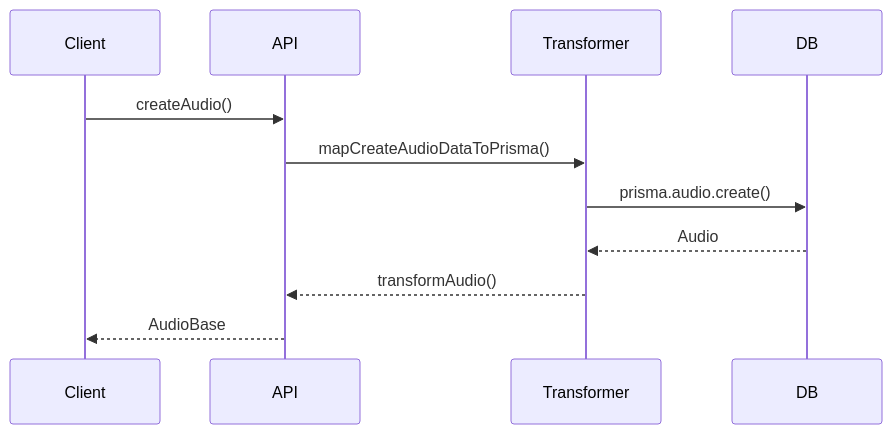
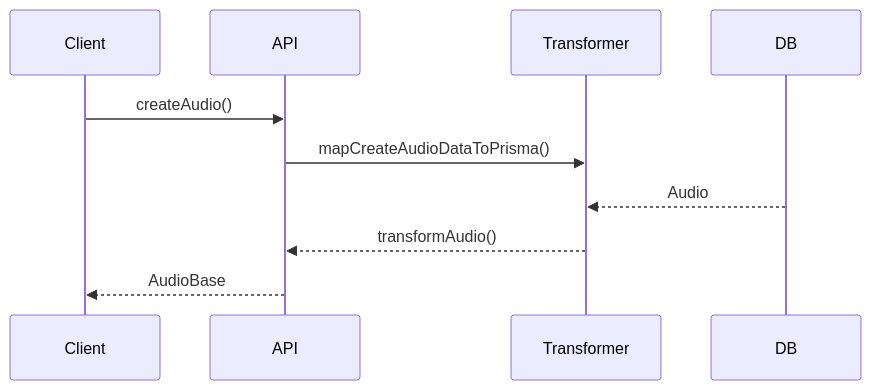
One commit to gvastethecreator/media-manager changed the second of 2 diagrams in src/types/entities/audio/documentation.md. Above: the diagram before and after it, drawn with Mermaid. The commit also changed 176 other files, not shown here.

````diff
--- a/src/types/entities/audio/documentation.md
+++ b/src/types/entities/audio/documentation.md
@@ -53,13 +53,13 @@
 ```mermaid
 sequenceDiagram
     participant Client
     participant API
     participant Transformer
     participant DB
     Client->>API: createAudio()
     API->>Transformer: mapCreateAudioDataToPrisma()
-    Transformer->>DB: prisma.audio.create()
+    
     DB-->>Transformer: Audio
     Transformer-->>API: transformAudio()
     API-->>Client: AudioBase
 ```
````
